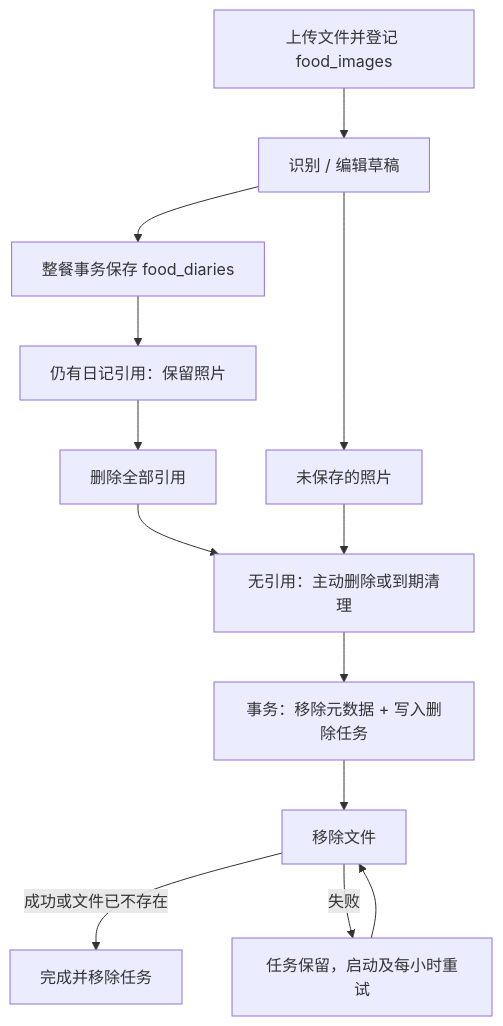
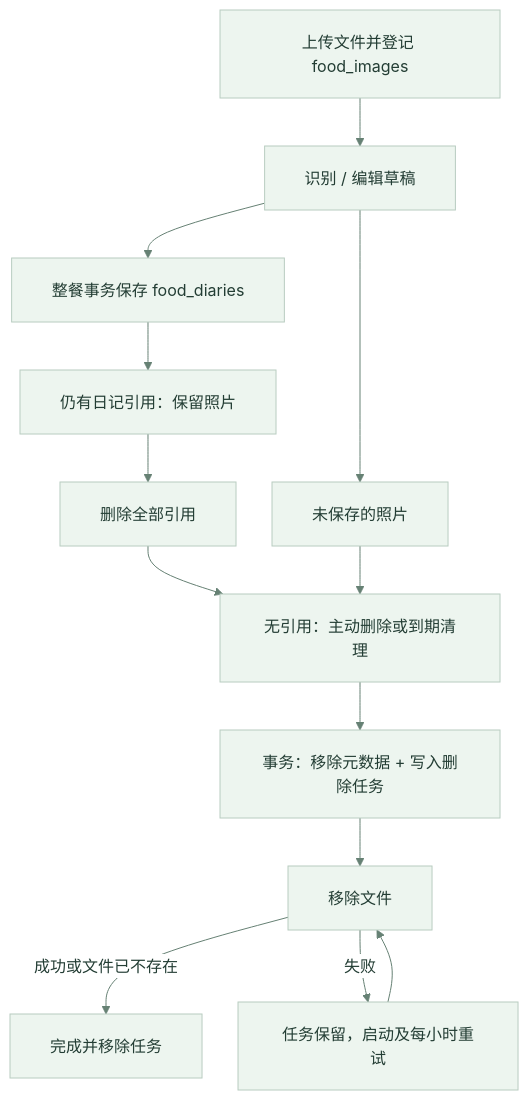
Before and after one commit to Green-hats/NutriGo: the diagram in docs/DATA_MANAGEMENT.md, drawn with Mermaid. The commit also changed 11 other files, not shown here.

Commit message:
docs: redesign architecture diagrams and unify visual style

````diff
--- a/docs/DATA_MANAGEMENT.md
+++ b/docs/DATA_MANAGEMENT.md
@@ -33,15 +33,16 @@
 ```mermaid
+%%{init: {"theme":"base","themeVariables":{"fontFamily":"Arial, PingFang SC, Microsoft YaHei","fontSize":"16px","primaryColor":"#edf5ef","primaryTextColor":"#233d34","primaryBorderColor":"#b8ccc0","lineColor":"#668174","secondaryColor":"#eef4fa","tertiaryColor":"#fff8ed","clusterBkg":"#f7faf6","clusterBorder":"#d4e2d7","edgeLabelBackground":"#ffffff","actorBkg":"#eaf3ec","actorBorder":"#b8ccc0","actorTextColor":"#233d34","signalColor":"#557668","signalTextColor":"#233d34","noteBkgColor":"#fff7e8","noteTextColor":"#754f28","noteBorderColor":"#ddc6a7","activationBkgColor":"#e6f2f0","activationBorderColor":"#88b5ad"},"flowchart":{"curve":"basis","padding":20,"nodeSpacing":36,"rankSpacing":48},"sequence":{"actorMargin":36,"width":160,"height":60,"boxMargin":12,"messageMargin":35,"noteMargin":12,"mirrorActors":false}}}%%
 flowchart TD
     Upload["上传文件并登记 food_images"] --> Draft["识别 / 编辑草稿"]
     Draft --> Saved["整餐事务保存 food_diaries"]
     Saved --> Linked["仍有日记引用：保留照片"]
     Linked --> Unlink["删除全部引用"]
     Draft --> Unused["未保存的照片"]
     Unlink --> Eligible["无引用：主动删除或到期清理"]
     Unused --> Eligible
     Eligible --> Tx["事务：移除元数据 + 写入删除任务"]
     Tx --> Remove["移除文件"]
     Remove -->|"成功或文件已不存在"| Finish["完成并移除任务"]
     Remove -->|"失败"| Retry["任务保留，启动及每小时重试"]
     Retry --> Remove
 ```
````
